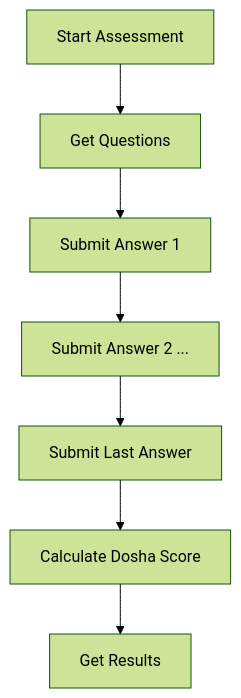
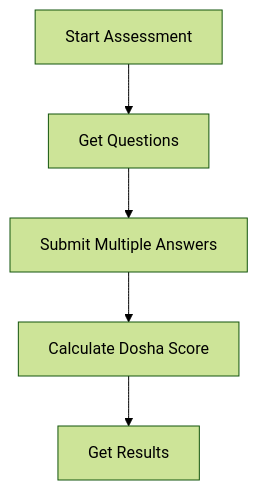
The diagram in dosha_assessment_api.md (Akshaypareek01/Samsara_backend_v1), drawn with Mermaid (forest theme) before and after one commit. The commit also changed other lines of this file and 2 other files, not shown here.

````diff
--- a/dosha_assessment_api.md
+++ b/dosha_assessment_api.md
@@ -133,9 +158,7 @@
 ```mermaid
 flowchart TD
     A[Start Assessment] --> B[Get Questions]
-    B --> C[Submit Answer 1]
-    C --> D[Submit Answer 2 ...]
-    D --> E[Submit Last Answer]
-    E --> F[Calculate Dosha Score]
-    F --> G[Get Results]
+    B --> C[Submit Multiple Answers]
+    C --> D[Calculate Dosha Score]
+    D --> E[Get Results]
 ```
````
